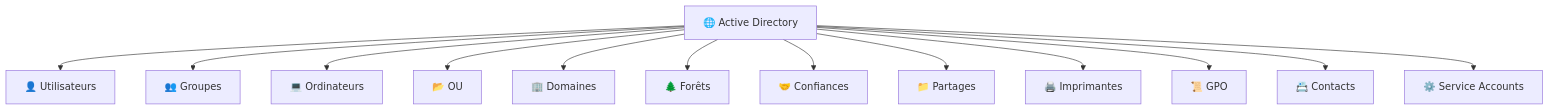
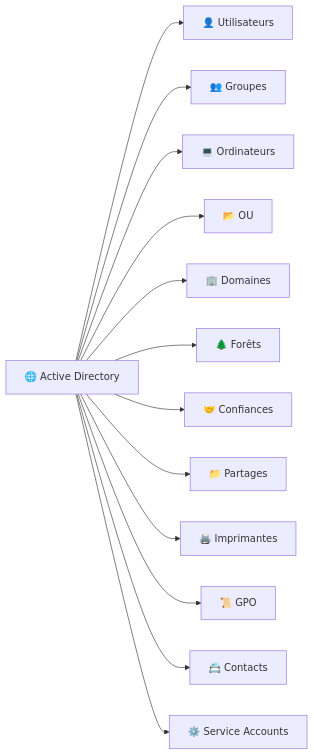
Before and after one commit to CollegeBoreal/INF1084-202-25A-03: the first of 2 diagrams in 6.Objects/README.md, drawn with Mermaid.

````diff
--- a/6.Objects/README.md
+++ b/6.Objects/README.md
@@ -60,15 +60,15 @@
 ```mermaid
-graph TD
+graph LR
     A[🌐 Active Directory] --> B[👤 Utilisateurs]
     A --> C[👥 Groupes]
     A --> D[💻 Ordinateurs]
     A --> E[📂 OU]
     A --> F[🏢 Domaines]
     A --> G[🌲 Forêts]
     A --> H[🤝 Confiances]
     A --> I[📁 Partages]
     A --> J[🖨️ Imprimantes]
     A --> K[📜 GPO]
     A --> L[📇 Contacts]
     A --> M[⚙️ Service Accounts]
 ```
````
